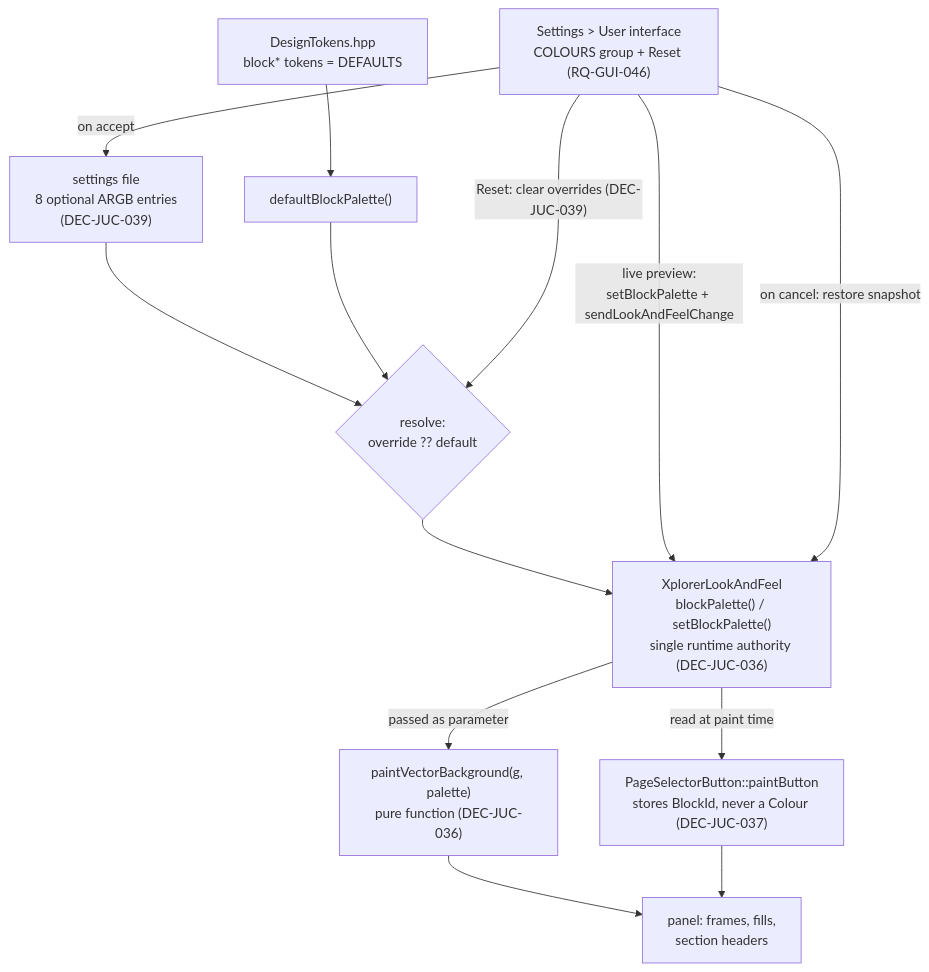
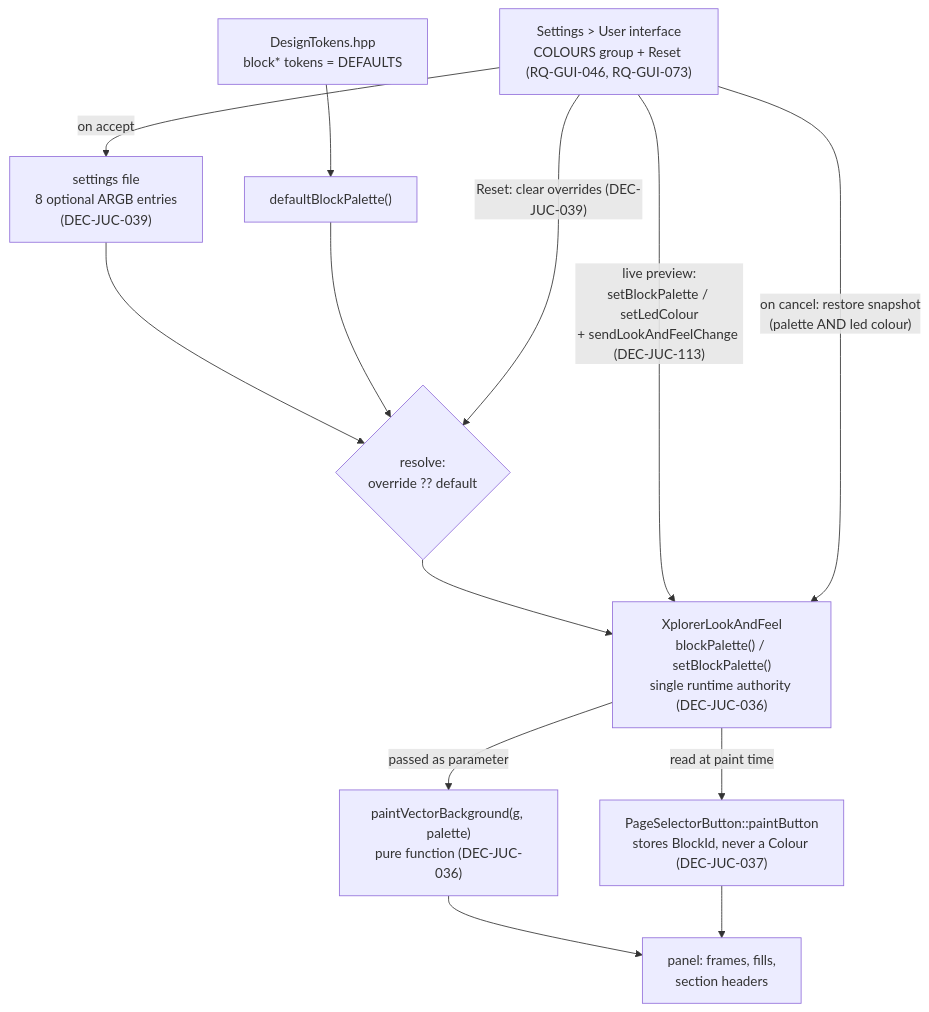
The diagram in process/2.architecture/ADR-JUC-020-user-themeable-block-palette.md (xplorer2716/XplorerEditor), drawn with Mermaid before and after one commit. The commit also changed other lines of this file and 10 other files, not shown here.

Commit message:
ADR-JUC-020/TASK-GUI-031 live preview for the knob LED colour in the settings dialog

````diff
--- a/process/2.architecture/ADR-JUC-020-user-themeable-block-palette.md
+++ b/process/2.architecture/ADR-JUC-020-user-themeable-block-palette.md
@@ -152,18 +181,18 @@
 ```mermaid
 flowchart TD
     TOK["DesignTokens.hpp<br/>block* tokens = DEFAULTS"] --> DEF["defaultBlockPalette()"]
     XML["settings file<br/>8 optional ARGB entries<br/>(DEC-JUC-039)"] --> RES
     DEF --> RES{"resolve:<br/>override ?? default"}
     RES --> LAF["XplorerLookAndFeel<br/>blockPalette() / setBlockPalette()<br/>single runtime authority (DEC-JUC-036)"]
 
     LAF -->|"passed as parameter"| PAINT["paintVectorBackground(g, palette)<br/>pure function (DEC-JUC-036)"]
     LAF -->|"read at paint time"| BTN["PageSelectorButton::paintButton<br/>stores BlockId, never a Colour (DEC-JUC-037)"]
     PAINT --> UI["panel: frames, fills,<br/>section headers"]
     BTN --> UI
 
-    DLG["Settings > User interface<br/>COLOURS group + Reset (RQ-GUI-046)"]
-    DLG -->|"live preview:<br/>setBlockPalette + sendLookAndFeelChange"| LAF
+    DLG["Settings > User interface<br/>COLOURS group + Reset (RQ-GUI-046, RQ-GUI-073)"]
+    DLG -->|"live preview:<br/>setBlockPalette / setLedColour<br/>+ sendLookAndFeelChange (DEC-JUC-113)"| LAF
     DLG -->|"on accept"| XML
-    DLG -->|"on cancel: restore snapshot"| LAF
+    DLG -->|"on cancel: restore snapshot<br/>(palette AND led colour)"| LAF
     DLG -->|"Reset: clear overrides (DEC-JUC-039)"| RES
 ```
````
